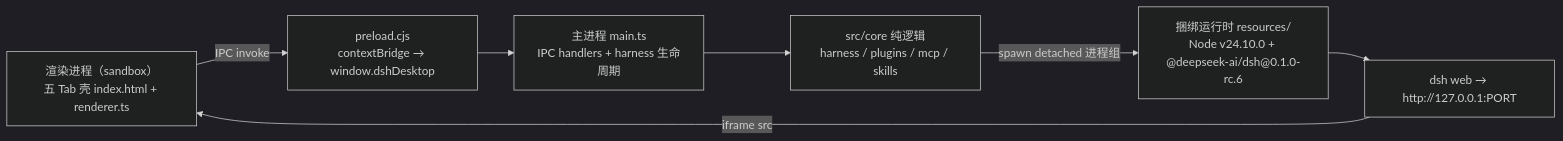
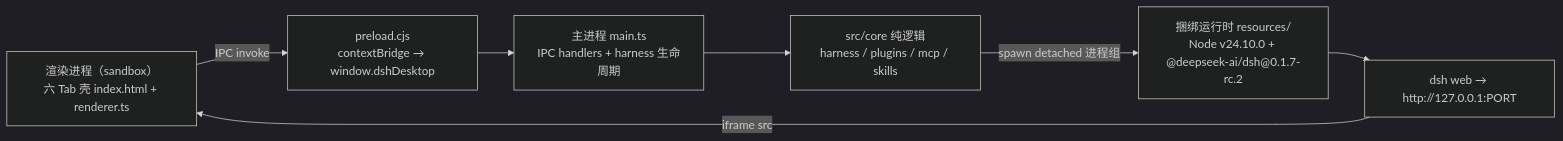
One commit to FlashingChen/dsh-desktop-hub changed the diagram in README.md. Above: the diagram before and after it, drawn with Mermaid (dark theme). The commit also changed other lines of this file and 79 other files, not shown here.

````diff
--- a/README.md
+++ b/README.md
@@ -129,14 +134,14 @@
 ```mermaid
 flowchart LR
-    UI["渲染进程（sandbox）<br/>五 Tab 壳 index.html + renderer.ts"]
+    UI["渲染进程（sandbox）<br/>六 Tab 壳 index.html + renderer.ts"]
     PRE["preload.cjs<br/>contextBridge → window.dshDesktop"]
     MAIN["主进程 main.ts<br/>IPC handlers + harness 生命周期"]
     CORE["src/core 纯逻辑<br/>harness / plugins / mcp / skills"]
-    RT["捆绑运行时 resources/<br/>Node v24.10.0 + @deepseek-ai/dsh@0.1.0-rc.6"]
+    RT["捆绑运行时 resources/<br/>Node v24.10.0 + @deepseek-ai/dsh@0.1.7-rc.2"]
     WEB["dsh web → http://127.0.0.1:PORT"]
     UI -->|IPC invoke| PRE --> MAIN
     MAIN --> CORE
     CORE -->|spawn detached 进程组| RT
     RT --> WEB
     WEB -->|iframe src| UI
 ```
````
